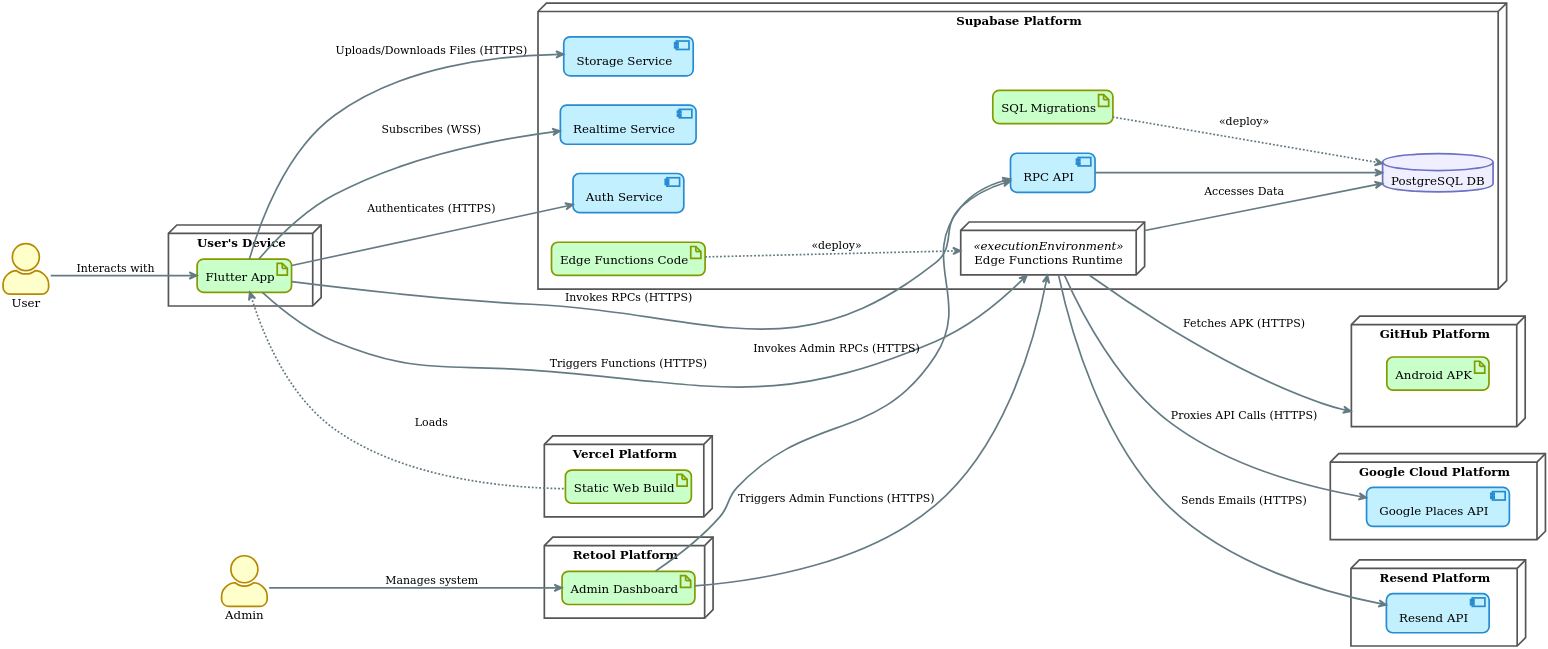
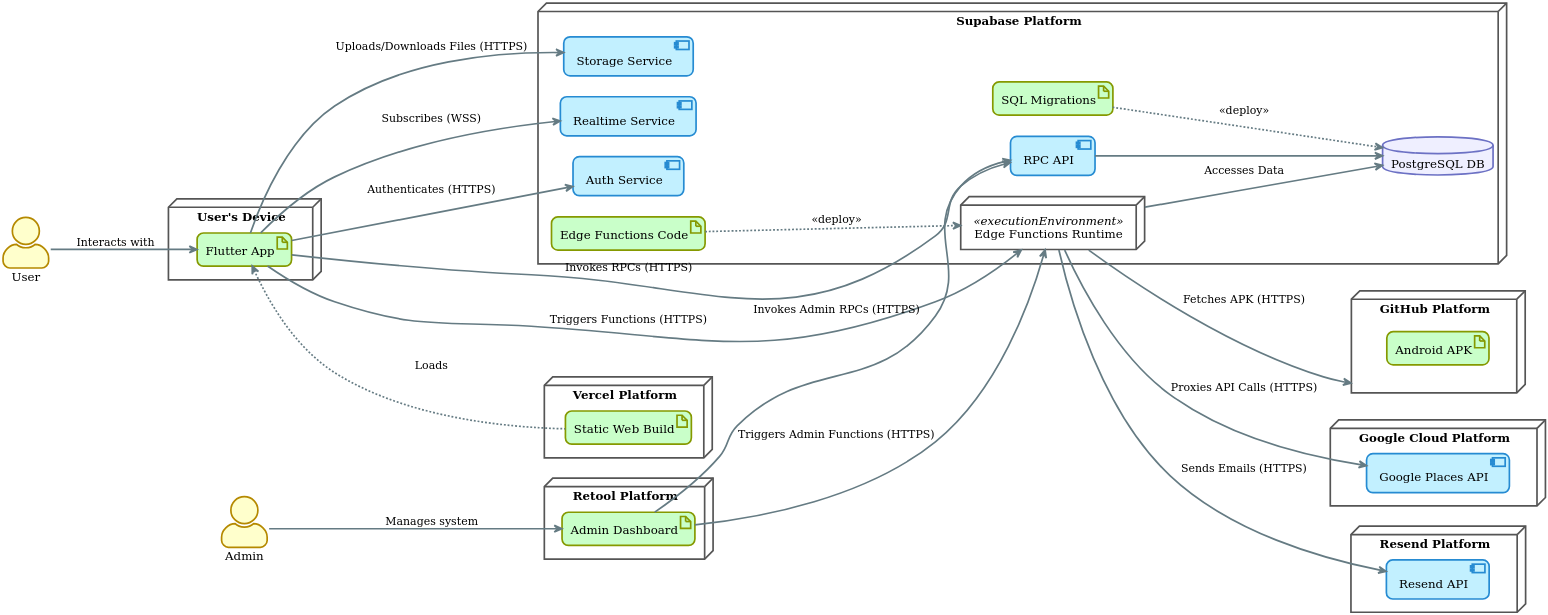
One commit to TMoretta/Swift-Contest changed the diagram in thesis/diagrams/src/deployment-diagram.puml. Above: the diagram before and after it, drawn with PlantUML. The commit also changed 19 other files, not shown here.

```diff
--- a/thesis/diagrams/src/deployment-diagram.puml
+++ b/thesis/diagrams/src/deployment-diagram.puml
@@ -1,105 +1,106 @@
 @startuml
 
 !theme sunlust
 skinparam dpi 300
 left to right direction
 skinparam backgroundColor transparent
 skinparam actorStyle awesome
 skinparam shadowing false
+skinparam nodesep 25
 
 ' --- Palette di Colori ---
 skinparam node {
     backgroundColor #FFFFFF
     borderColor #555555
 }
 
 ' =======================================
 ' Definizione dei Nodi e degli Artefatti
 ' =======================================
 
 ' --- Attori ---
 actor User
 actor Admin
 
 ' --- Nodo Client ---
 node "User's Device" as UserDevice {
     artifact "Flutter App" as App
 }
 
 ' --- Piattaforme Cloud ---
 node "Supabase Platform" as SupabaseNode {
     database "PostgreSQL DB" as DB
 
     ' MODIFICA: Definiti come componenti
     component [RPC API] as RPC
     component [Storage Service] as Store
     component [Realtime Service] as RT
     component [Auth Service] as Auth
 
     ' MODIFICA: Definito come Execution Environment
     node "Edge Functions Runtime" as EdgeRuntime <<executionEnvironment>>
 
     ' MODIFICA: Definiti come artefatti
     artifact "SQL Migrations" as SQLScripts
     artifact "Edge Functions Code" as EFCode
 }
 
 node "Vercel Platform" as VercelNode {
     artifact "Static Web Build" as WebApp
 }
 
 node "GitHub Platform" as GitHubNode {
     artifact "Android APK" as APK
 }
 
 node "Retool Platform" as RetoolNode {
     artifact "Admin Dashboard" as RetoolApp
 }
 
 ' --- Servizi Esterni ---
 node "Google Cloud Platform" as GoogleNode {
     component [Google Places API] as GooglePlaces
 }
 
 node "Resend Platform" as ResendNode {
     component [Resend API] as Resend
 }
 
 
 ' =======================================
 ' Definizione delle Relazioni
 ' =======================================
 
 ' --- Flussi di Comunicazione ---
 User --> App : Interacts with
 Admin --> RetoolApp : Manages system
 
 ' Il client carica l'app da Vercel
 App <.. WebApp : Loads
 
 ' Comunicazioni dell'App Flutter
 App --> Auth : Authenticates (HTTPS)
 App --> RPC : Invokes RPCs (HTTPS)
 App --> Store : Uploads/Downloads Files (HTTPS)
 App --> EdgeRuntime : Triggers Functions (HTTPS)
 App --> RT : Subscribes (WSS)
 
 ' Comunicazioni interne a Supabase
 RPC --> DB
 EdgeRuntime --> DB : Accesses Data
 
 ' Comunicazioni delle Edge Functions verso l'esterno
 EdgeRuntime --> Resend : Sends Emails (HTTPS)
 EdgeRuntime --> GooglePlaces : Proxies API Calls (HTTPS)
 EdgeRuntime --> GitHubNode : Fetches APK (HTTPS)
 
 ' Comunicazioni della Dashboard Admin
 RetoolApp --> RPC : Invokes Admin RPCs (HTTPS)
 RetoolApp --> EdgeRuntime : Triggers Admin Functions (HTTPS)
 
 ' --- NUOVA SEZIONE: Relazioni di Deployment ---
 ' Mostra quali artefatti sono distribuiti su quali componenti
 SQLScripts ..> DB : <<deploy>>
 EFCode ..> EdgeRuntime : <<deploy>>
 
 @enduml
```
